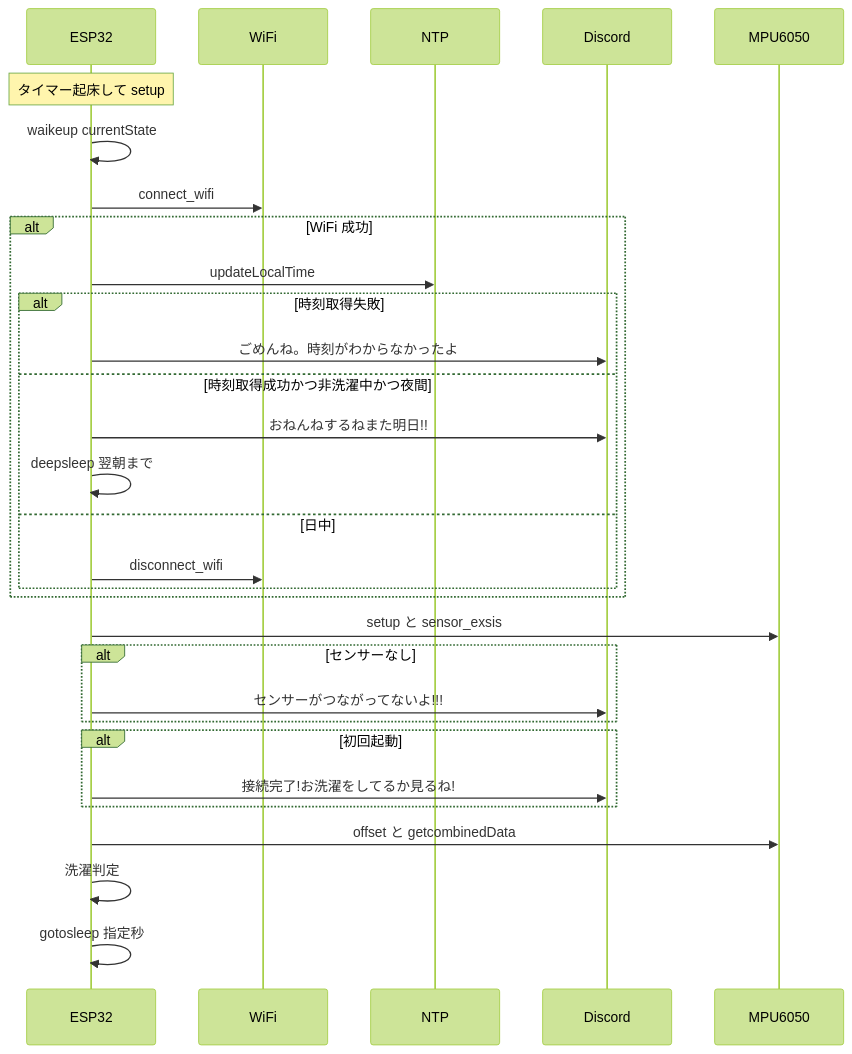
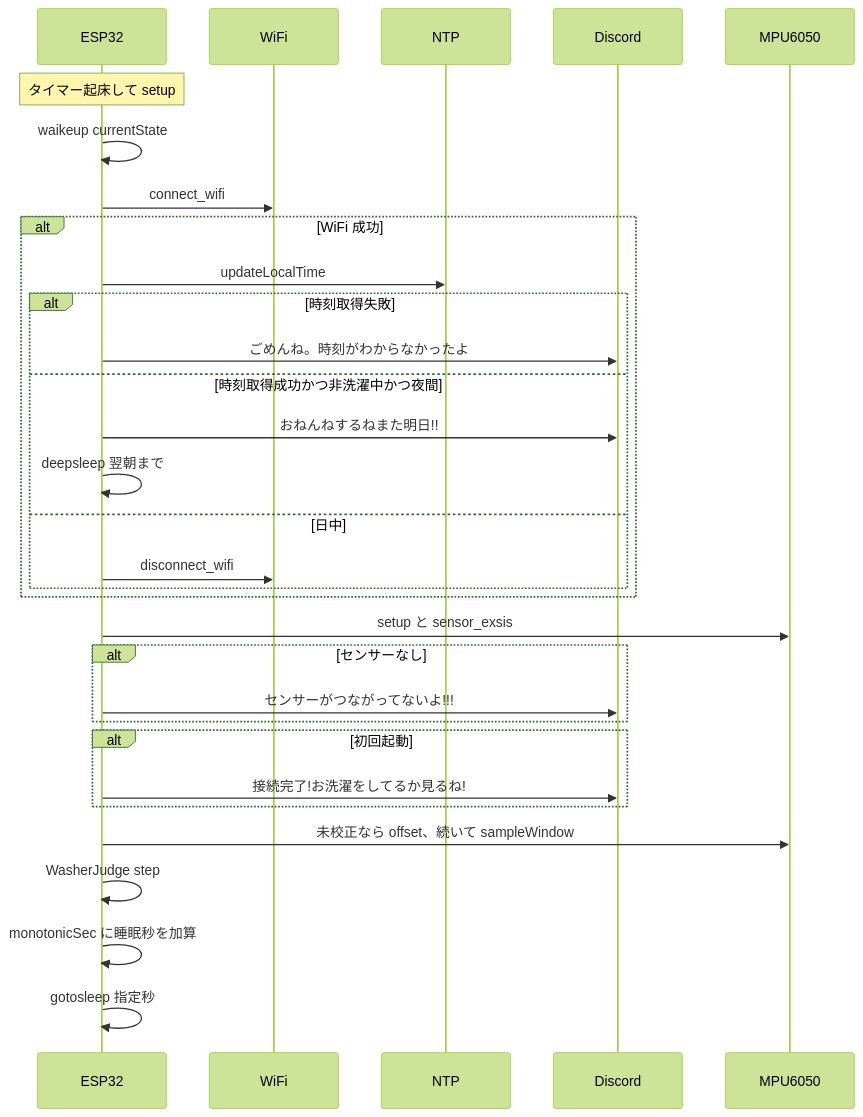
Before and after one commit to ayappy-mugicha/washing-machine-sensor-for-ESP: the third of 5 diagrams in docs/README.md, drawn with Mermaid (forest theme). The commit also changed other lines of this file, not shown here.

````diff
--- a/docs/README.md
+++ b/docs/README.md
@@ -140,33 +148,34 @@
 ```mermaid
 sequenceDiagram
   participant ESP as ESP32
   participant WiFi as WiFi
   participant NTP as NTP
   participant Discord as Discord
   participant MPU as MPU6050
 
   Note over ESP: タイマー起床して setup
   ESP->>ESP: waikeup currentState
   ESP->>WiFi: connect_wifi
   alt WiFi 成功
     ESP->>NTP: updateLocalTime
     alt 時刻取得失敗
       ESP->>Discord: ごめんね。時刻がわからなかったよ
     else 時刻取得成功かつ非洗濯中かつ夜間
       ESP->>Discord: おねんねするねまた明日!!
       ESP->>ESP: deepsleep 翌朝まで
     else 日中
       ESP->>WiFi: disconnect_wifi
     end
   end
   ESP->>MPU: setup と sensor_exsis
   alt センサーなし
     ESP->>Discord: センサーがつながってないよ!!!
   end
   alt 初回起動
     ESP->>Discord: 接続完了!お洗濯をしてるか見るね!
   end
-  ESP->>MPU: offset と getcombinedData
-  ESP->>ESP: 洗濯判定
+  ESP->>MPU: 未校正なら offset、続いて sampleWindow
+  ESP->>ESP: WasherJudge step
+  ESP->>ESP: monotonicSec に睡眠秒を加算
   ESP->>ESP: gotosleep 指定秒
 ```
````
